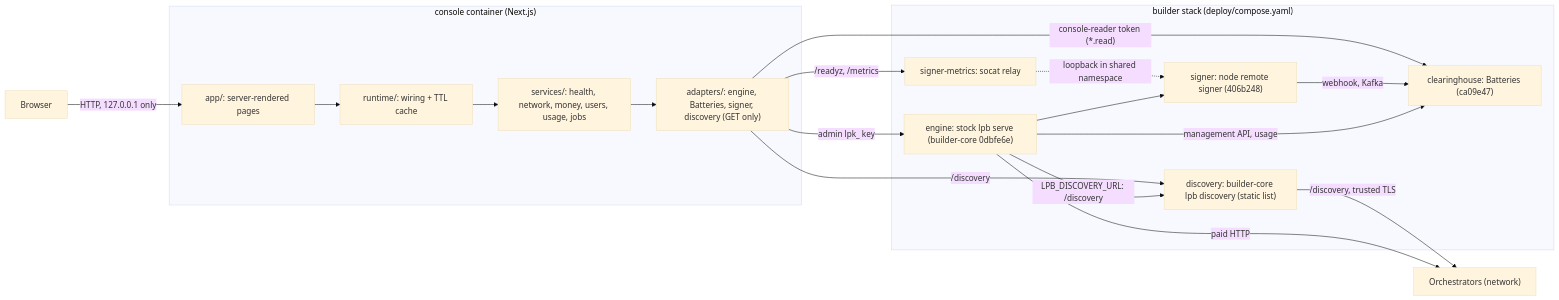
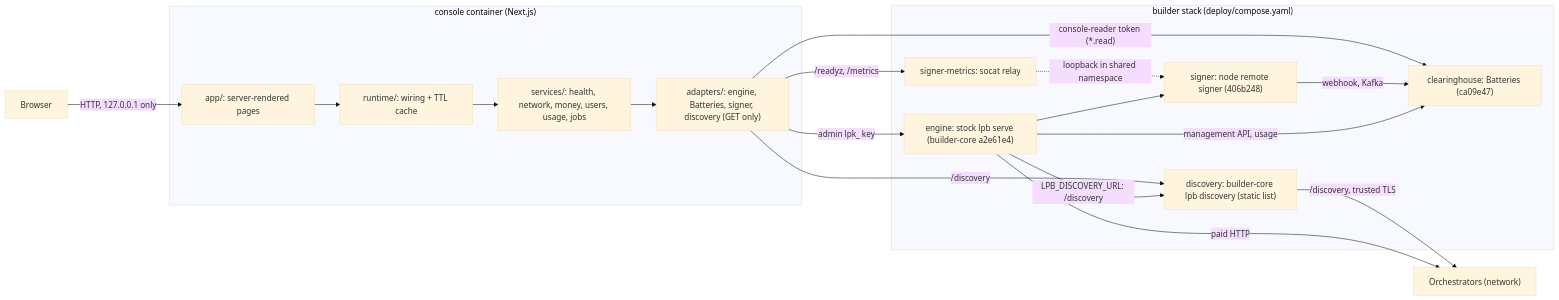
The first of 2 diagrams in ARCHITECTURE.md (NE-Build-Track/builder-core-console), drawn with Mermaid (base theme) before and after one commit. The commit also changed 26 other files, not shown here.

First line of the commit message:
build: pin builder-core #69 (a2e61e4), no forks; the auditor never reads grants

````diff
--- a/ARCHITECTURE.md
+++ b/ARCHITECTURE.md
@@ -9,27 +9,27 @@
 ```mermaid
 flowchart LR
     Browser["Browser"]
     subgraph Console["console container (Next.js)"]
         Pages["app/: server-rendered pages"]
         RT["runtime/: wiring + TTL cache"]
         SVC["services/: health, network, money, users, usage, jobs"]
         AD["adapters/: engine, Batteries, signer, discovery (GET only)"]
     end
     subgraph Stack["builder stack (deploy/compose.yaml)"]
-        Engine["engine: stock lpb serve (builder-core 0dbfe6e)"]
+        Engine["engine: stock lpb serve (builder-core a2e61e4)"]
         Bat["clearinghouse: Batteries (ca09e47)"]
         Signer["signer: node remote signer (406b248)"]
         Relay["signer-metrics: socat relay"]
         Disc["discovery: builder-core lpb discovery (static list)"]
     end
     Orch["Orchestrators (network)"]
     Browser -->|"HTTP, 127.0.0.1 only"| Pages --> RT --> SVC --> AD
     AD -->|"admin lpk_ key"| Engine
     AD -->|"console-reader token (*.read)"| Bat
     AD -->|"/discovery"| Disc
     AD -->|"/readyz, /metrics"| Relay -.->|"loopback in shared namespace"| Signer
     Engine --> Signer -->|"webhook, Kafka"| Bat
     Engine -->|"LPB_DISCOVERY_URL: /discovery"| Disc -->|"/discovery, trusted TLS"| Orch
     Engine -->|"paid HTTP"| Orch
     Engine -->|"management API, usage"| Bat
 ```
````
